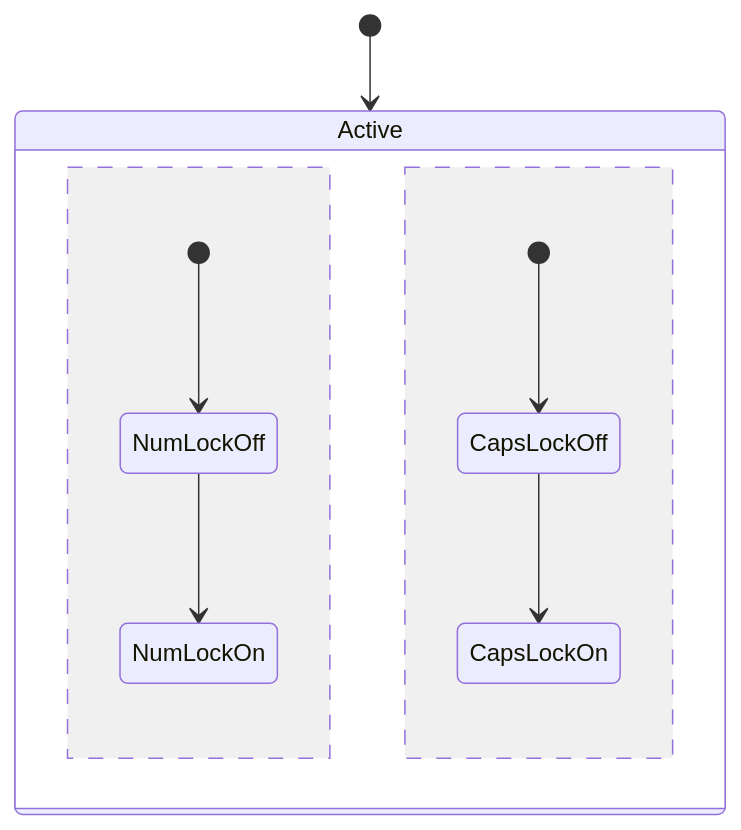
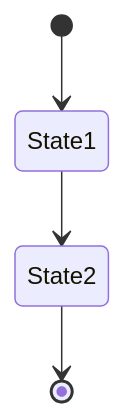
Diagram 16 of 38 in plugins/base/skills/mermaid/reference.md (rp1-run/rp1), drawn with Mermaid before and after one commit. The commit also changed other lines of this file and 7 other files, not shown here.

Commit message:
feat: add a better mermaid repair skill

````diff
--- a/plugins/base/skills/mermaid/reference.md
+++ b/plugins/base/skills/mermaid/reference.md
@@ -219,12 +255,8 @@
 ```mermaid
+%% WRONG: [*] -> State1; State1 -> State2
+%% RIGHT:
 stateDiagram-v2
-    [*] --> Active
-
-    state Active {
-        [*] --> NumLockOff
-        NumLockOff --> NumLockOn
-        --
-        [*] --> CapsLockOff
-        CapsLockOff --> CapsLockOn
-    }
+    [*] --> State1
+    State1 --> State2
+    State2 --> [*]
 ```
````
